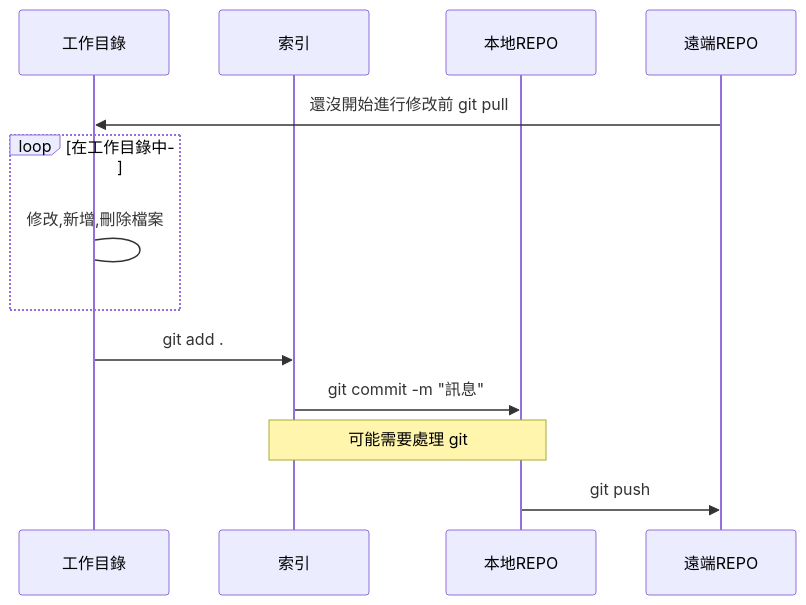
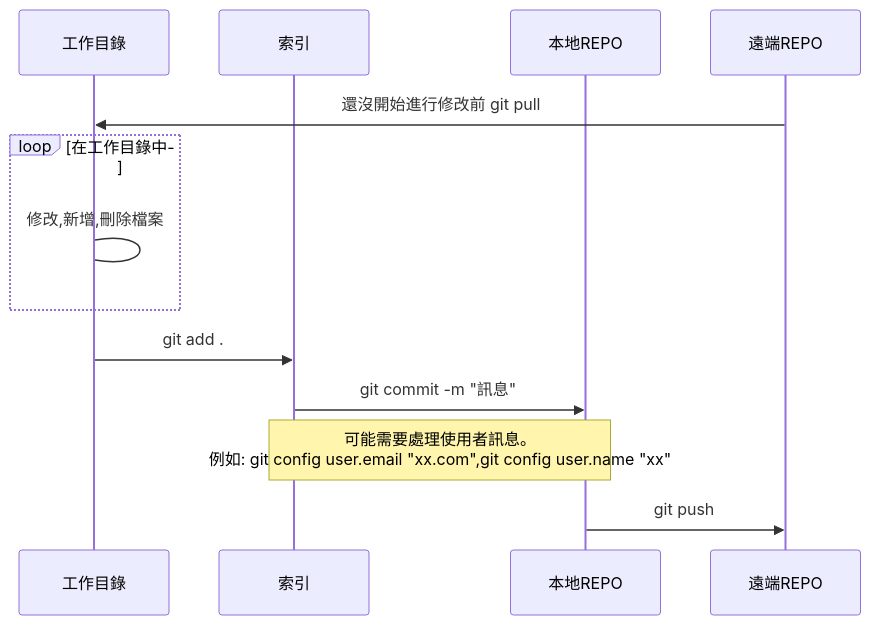
One commit to airbone4/home2026 changed the third of 3 diagrams in test.md. Above: the diagram before and after it, drawn with Mermaid.

Commit message:
Enhance note on user message handling in git
Updated note to include user configuration instructions.

````diff
--- a/test.md
+++ b/test.md
@@ -25,16 +25,16 @@
 ```mermaid
 sequenceDiagram
     participant 工作目錄
     participant 索引
     participant 本地REPO
     participant 遠端REPO
     遠端REPO->>工作目錄: 還沒開始進行修改前 git pull
     loop 在工作目錄中
      工作目錄->工作目錄: 修改,新增,刪除檔案
     end
     工作目錄->>索引:git add .
     索引->>本地REPO:git commit -m "訊息"
-    note over 索引,本地REPO: 可能需要處理 git 
+    note over 索引,本地REPO: 可能需要處理使用者訊息。<br/>例如: git config user.email "xx.com",git config user.name "xx"
     本地REPO->>遠端REPO: git push
  
 ```
````
